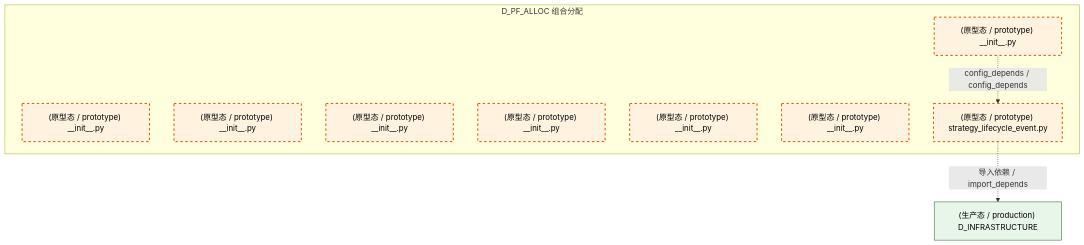
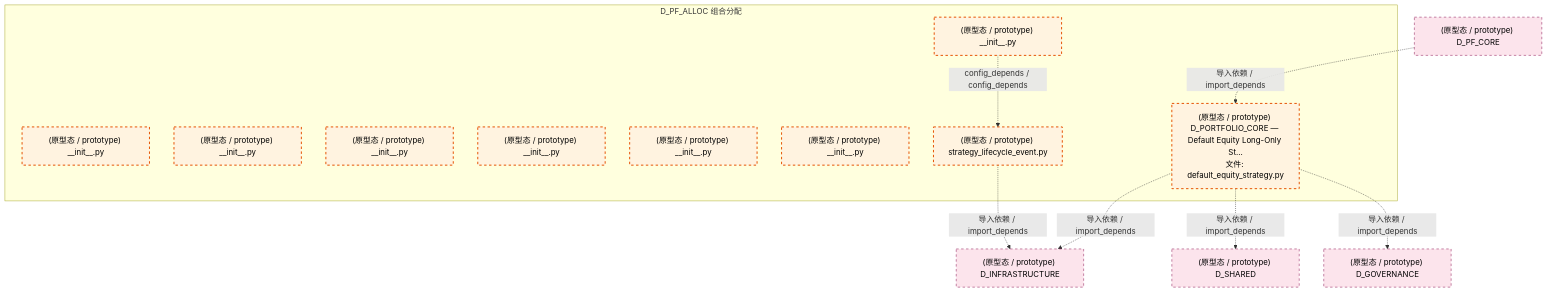
The third of 4 diagrams in docs/02_enterprise_architecture/02_domain_architecture_docs/51_d_pf_alloc.md (xuanFelixVan/ZephyrAlpha), drawn with Mermaid before and after one commit. The commit also changed other lines of this file and 126 other files, not shown here.

````diff
--- a/docs/02_enterprise_architecture/02_domain_architecture_docs/51_d_pf_alloc.md
+++ b/docs/02_enterprise_architecture/02_domain_architecture_docs/51_d_pf_alloc.md
@@ -152,22 +131,30 @@
 ```mermaid
 graph TD
     subgraph D_PF_ALLOC["D_PF_ALLOC 组合分配"]
         src_zephyr_pf_alloc_init_py["(原型态 / prototype) __init__.py"]
         src_zephyr_pf_alloc_extensions_init_py["(原型态 / prototype) __init__.py"]
         src_zephyr_pf_alloc_api_init_py["(原型态 / prototype) __init__.py"]
         src_zephyr_pf_alloc_core_init_py["(原型态 / prototype) __init__.py"]
         src_zephyr_pf_alloc_infrastructure_init_py["(原型态 / prototype) __init__.py"]
         src_zephyr_pf_alloc_models_init_py["(原型态 / prototype) __init__.py"]
         src_zephyr_pf_alloc_services_init_py["(原型态 / prototype) __init__.py"]
         src_zephyr_pf_alloc_strategy_lifecycle_event_py["(原型态 / prototype) strategy_lifecycle_event.py"]
+        src_zephyr_pf_core_default_equity_strategy_py["(原型态 / prototype) D_PORTFOLIO_CORE — Default Equity Long-Only St...<br/>文件: default_equity_strategy.py"]
     end
     src_zephyr_pf_alloc_init_py -.->|config_depends / config_depends| src_zephyr_pf_alloc_strategy_lifecycle_event_py
-    D_INFRASTRUCTURE["(生产态 / production) D_INFRASTRUCTURE"]
+    D_INFRASTRUCTURE["(原型态 / prototype) D_INFRASTRUCTURE"]
     src_zephyr_pf_alloc_strategy_lifecycle_event_py -.->|导入依赖 / import_depends| D_INFRASTRUCTURE
+    D_SHARED["(原型态 / prototype) D_SHARED"]
+    src_zephyr_pf_core_default_equity_strategy_py -.->|导入依赖 / import_depends| D_SHARED
+    src_zephyr_pf_core_default_equity_strategy_py -.->|导入依赖 / import_depends| D_INFRASTRUCTURE
+    D_GOVERNANCE["(原型态 / prototype) D_GOVERNANCE"]
+    src_zephyr_pf_core_default_equity_strategy_py -.->|导入依赖 / import_depends| D_GOVERNANCE
+    D_PF_CORE["(原型态 / prototype) D_PF_CORE"]
+    D_PF_CORE -.->|导入依赖 / import_depends| src_zephyr_pf_core_default_equity_strategy_py
     classDef production fill:#e1f5fe,stroke:#01579b,stroke-width:2px,color:#000
     classDef design fill:#fff3e0,stroke:#e65100,stroke-width:2px,color:#000,stroke-dasharray: 5 5
     classDef external_prod fill:#e8f5e9,stroke:#1b5e20,stroke-width:1px,color:#000
     classDef external_design fill:#fce4ec,stroke:#880e4f,stroke-width:1px,color:#000,stroke-dasharray: 5 5
-    class src_zephyr_pf_alloc_init_py,src_zephyr_pf_alloc_extensions_init_py,src_zephyr_pf_alloc_api_init_py,src_zephyr_pf_alloc_core_init_py,src_zephyr_pf_alloc_infrastructure_init_py,src_zephyr_pf_alloc_models_init_py,src_zephyr_pf_alloc_services_init_py,src_zephyr_pf_alloc_strategy_lifecycle_event_py design
-    class D_INFRASTRUCTURE external_prod
+    class src_zephyr_pf_alloc_init_py,src_zephyr_pf_alloc_extensions_init_py,src_zephyr_pf_alloc_api_init_py,src_zephyr_pf_alloc_core_init_py,src_zephyr_pf_alloc_infrastructure_init_py,src_zephyr_pf_alloc_models_init_py,src_zephyr_pf_alloc_services_init_py,src_zephyr_pf_alloc_strategy_lifecycle_event_py,src_zephyr_pf_core_default_equity_strategy_py design
+    class D_INFRASTRUCTURE,D_SHARED,D_GOVERNANCE,D_PF_CORE external_design
 ```
````
